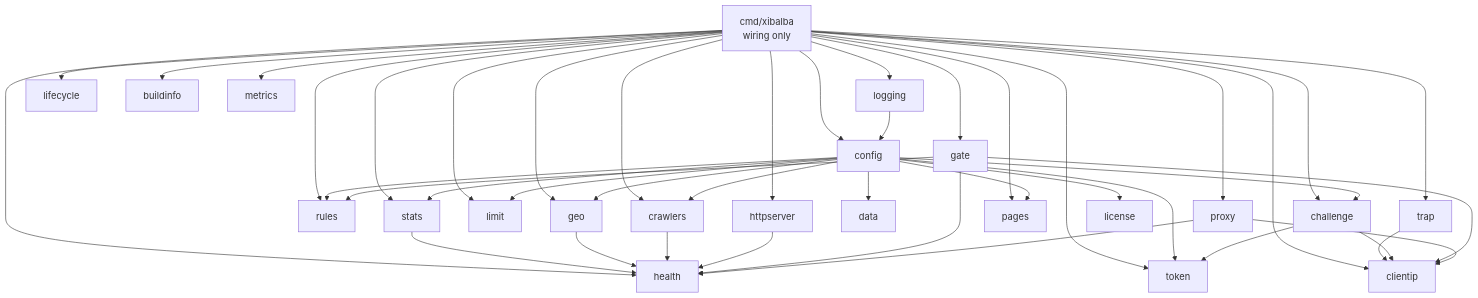
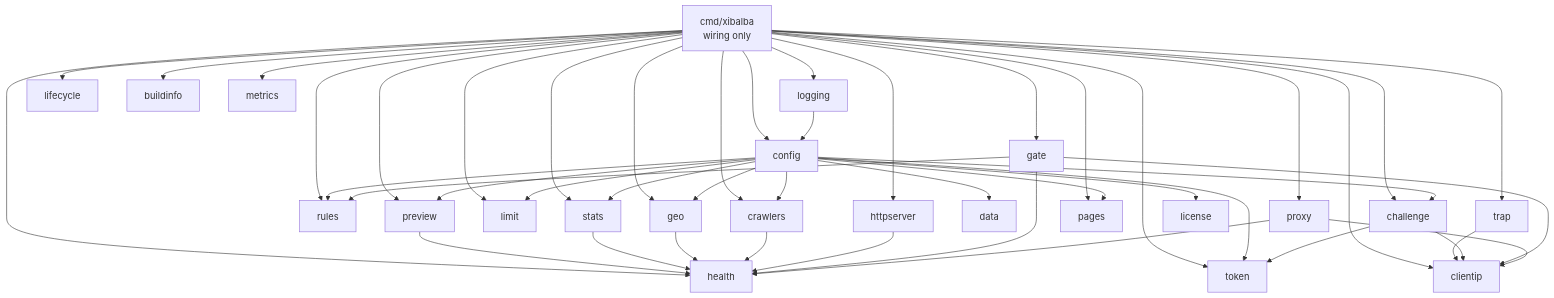
The first of 2 diagrams in docs/ARCHITECTURE.md (MaMoja/xibalba), drawn with Mermaid before and after one commit. The commit also changed other lines of this file and 27 other files, not shown here.

````diff
--- a/docs/ARCHITECTURE.md
+++ b/docs/ARCHITECTURE.md
@@ -26,45 +26,48 @@
 ```mermaid
 flowchart TD
     main[cmd/xibalba<br>wiring only] --> config
     main --> logging
     main --> lifecycle
     main --> health
     main --> httpserver
     main --> buildinfo
     main --> clientip
     main --> rules
     main --> crawlers
     main --> limit
     main --> trap
     main --> metrics
+    main --> preview
+    preview --> health
+    config --> preview
     main --> stats
     config --> stats
     stats --> health
     main --> geo
     config --> geo
     geo --> health
     trap --> clientip
     config --> limit
     config --> crawlers
     config --> data
     crawlers --> health
     main --> token
     main --> challenge
     main --> gate
     main --> pages
     main --> proxy
     logging --> config
     config --> rules
     httpserver --> health
     config --> license
     config --> pages
     config --> challenge
     config --> token
     challenge --> token
     challenge --> clientip
     gate --> rules
     gate --> clientip
     gate --> health
     proxy --> health
     proxy --> clientip
 ```
````
